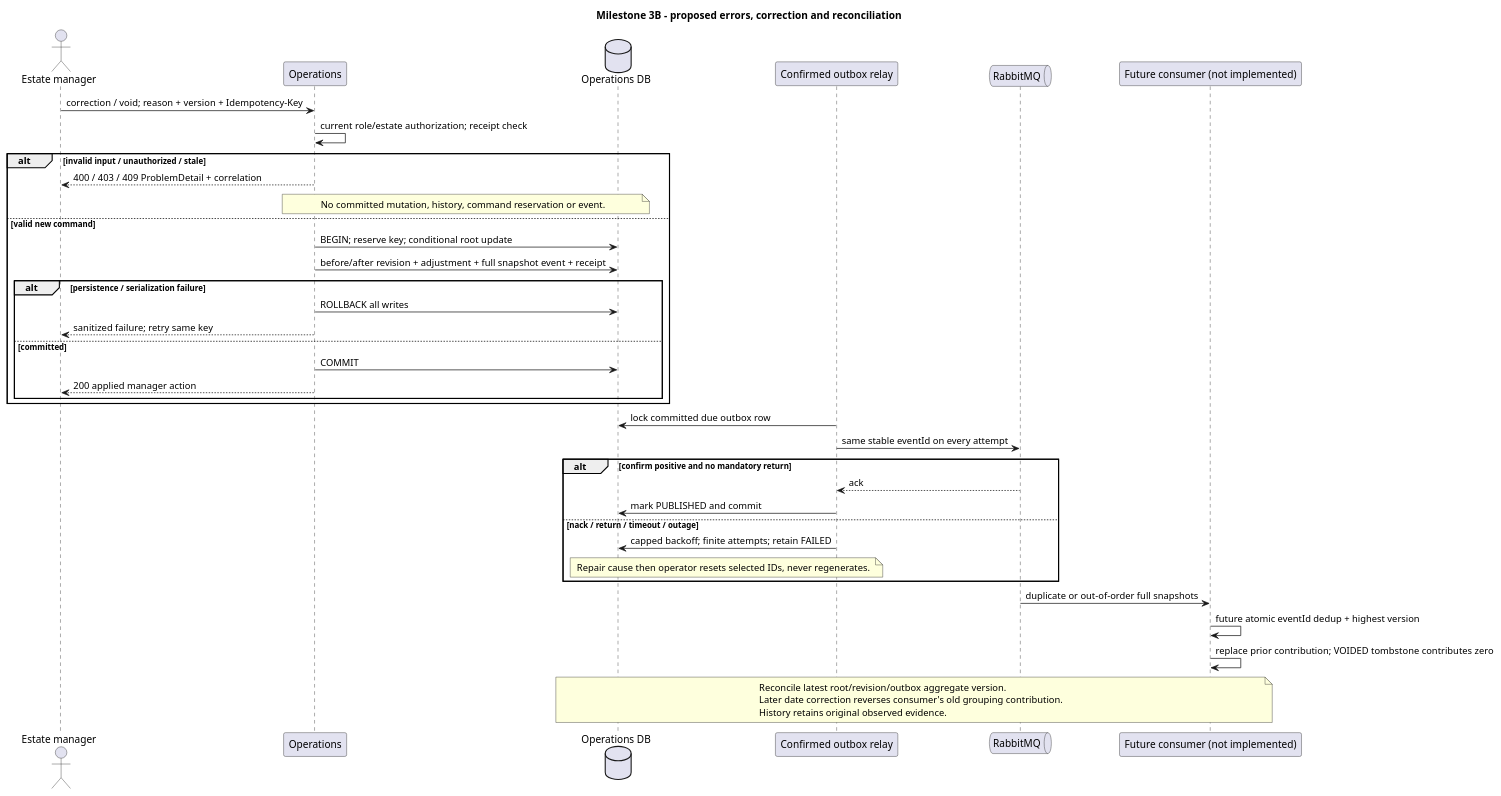
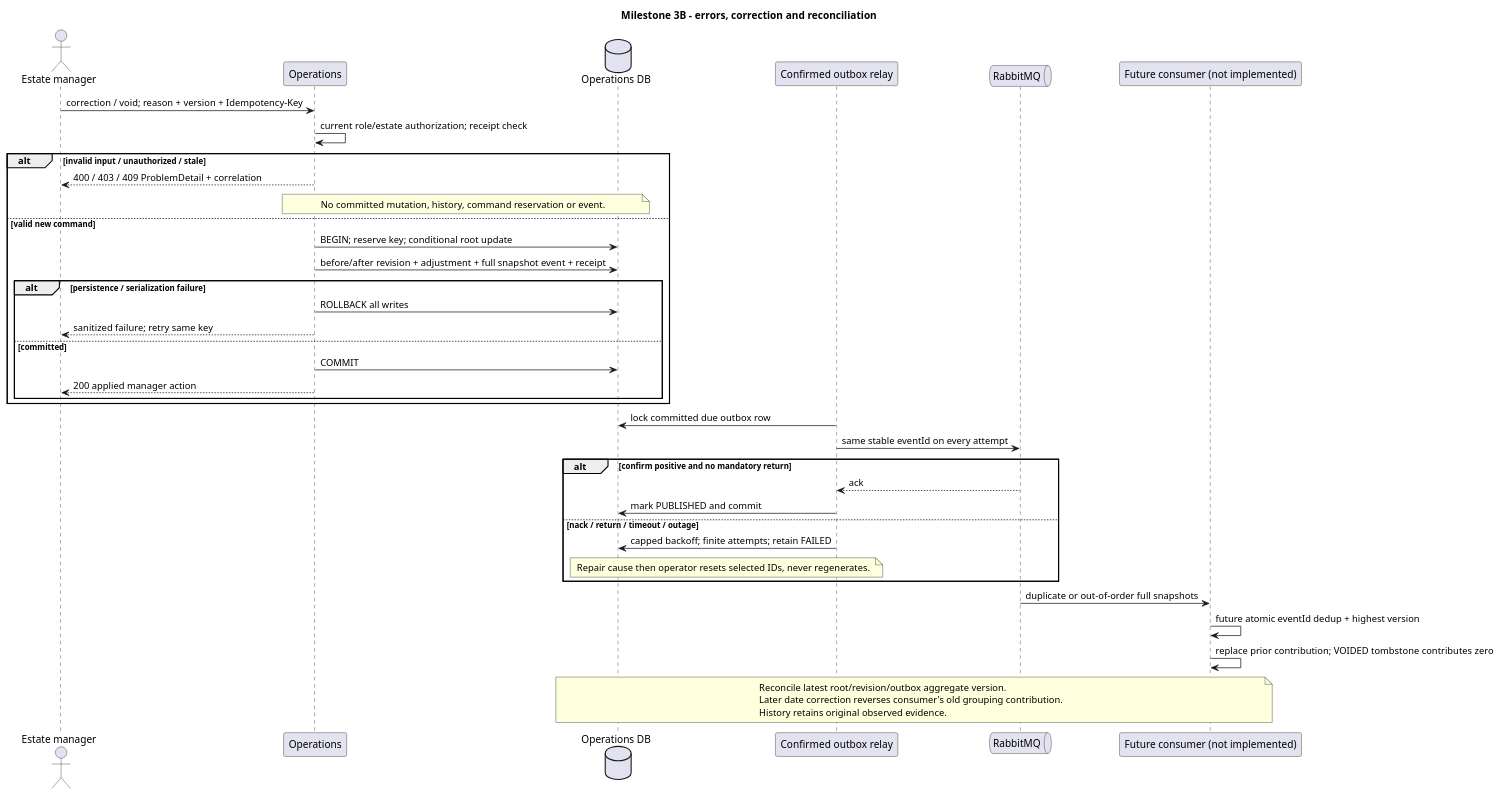
One commit to swapnilpuri/agrosphere-architecture changed the diagram in diagrams/milestone-3b/correction-reconciliation.puml. Above: the diagram before and after it, drawn with PlantUML. The commit also changed 12 other files, not shown here.

```diff
--- a/diagrams/milestone-3b/correction-reconciliation.puml
+++ b/diagrams/milestone-3b/correction-reconciliation.puml
@@ -1,42 +1,42 @@
 @startuml
-title Milestone 3B - proposed errors, correction and reconciliation
+title Milestone 3B - errors, correction and reconciliation
 actor "Estate manager" as M
 participant Operations as O
 database "Operations DB" as D
 participant "Confirmed outbox relay" as R
 queue RabbitMQ as Q
 participant "Future consumer (not implemented)" as C
 M -> O : correction / void; reason + version + Idempotency-Key
 O -> O : current role/estate authorization; receipt check
 alt invalid input / unauthorized / stale
  O --> M : 400 / 403 / 409 ProblemDetail + correlation
  note over O,D : No committed mutation, history, command reservation or event.
 else valid new command
  O -> D : BEGIN; reserve key; conditional root update
  O -> D : before/after revision + adjustment + full snapshot event + receipt
  alt persistence / serialization failure
   O -> D : ROLLBACK all writes
   O --> M : sanitized failure; retry same key
  else committed
   O -> D : COMMIT
   O --> M : 200 applied manager action
  end
 end
 R -> D : lock committed due outbox row
 R -> Q : same stable eventId on every attempt
 alt confirm positive and no mandatory return
  Q --> R : ack
  R -> D : mark PUBLISHED and commit
 else nack / return / timeout / outage
  R -> D : capped backoff; finite attempts; retain FAILED
  note over R,D : Repair cause then operator resets selected IDs, never regenerates.
 end
 Q -> C : duplicate or out-of-order full snapshots
 C -> C : future atomic eventId dedup + highest version
 C -> C : replace prior contribution; VOIDED tombstone contributes zero
 note over D,C
 Reconcile latest root/revision/outbox aggregate version.
 Later date correction reverses consumer's old grouping contribution.
 History retains original observed evidence.
 end note
 @enduml
```
